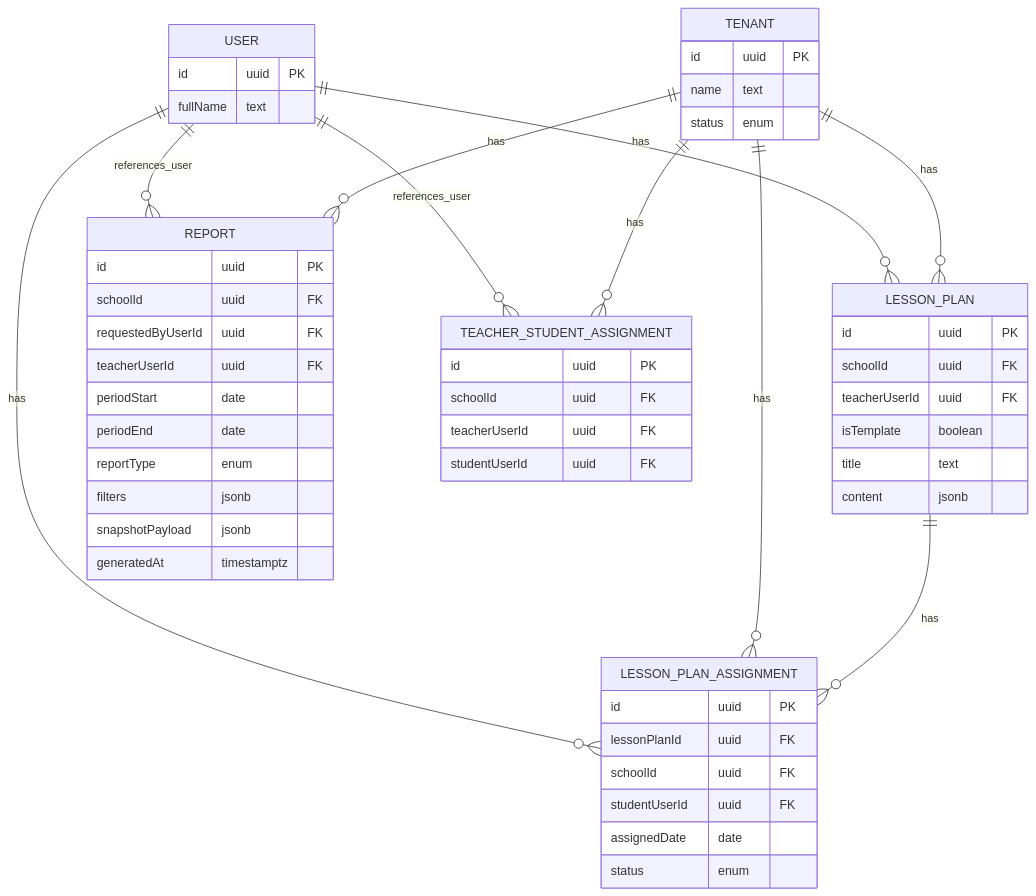
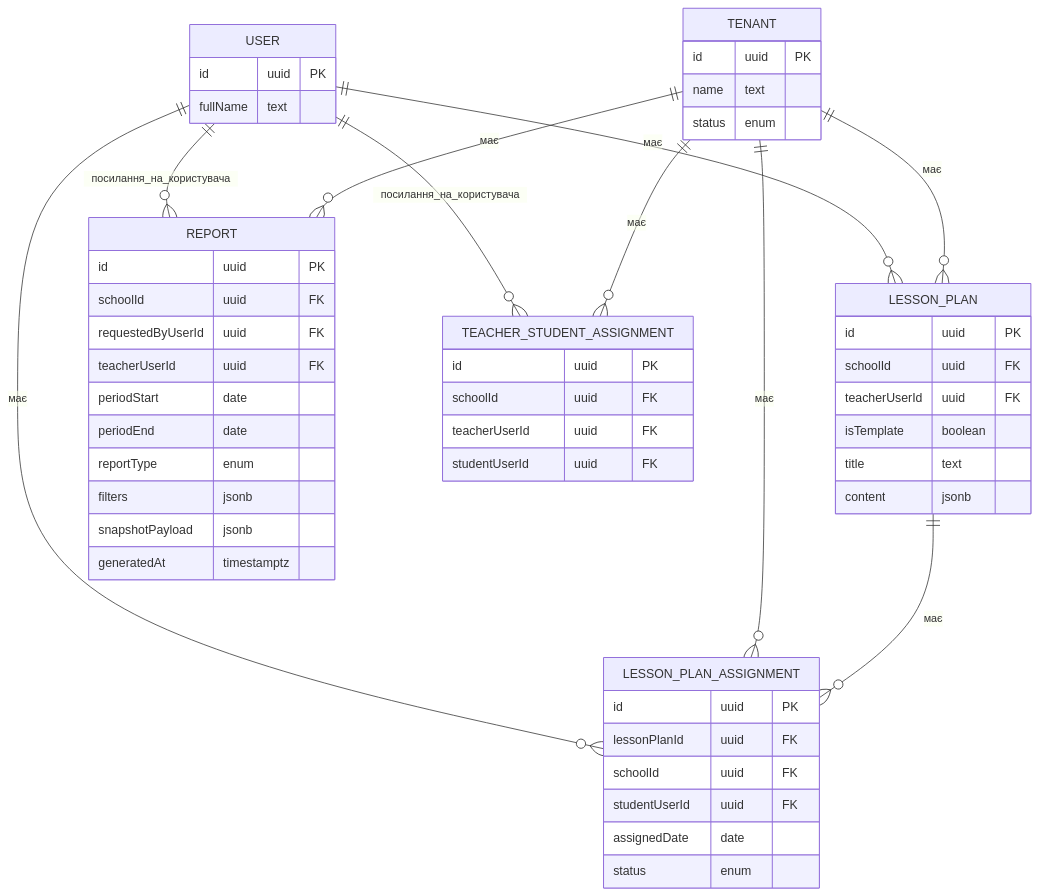
The fourth of 4 diagrams in architecture-homework/diagrams/erd.md (KaterynaKocheharova/Multi-tenant-architecture), drawn with Mermaid before and after one commit. The commit also changed other lines of this file, not shown here.

Commit message:
translate erd.md

````diff
--- a/architecture-homework/diagrams/erd.md
+++ b/architecture-homework/diagrams/erd.md
@@ -278,62 +278,62 @@
 ```mermaid
 erDiagram
     direction TB
     TENANT {
         id uuid PK
         name text
         status enum
     }
 
     USER {
         id uuid PK
         fullName text
     }
 
     LESSON_PLAN {
         id uuid PK
         schoolId uuid FK
         teacherUserId uuid FK
         isTemplate boolean
         title text
         content jsonb
     }
 
     LESSON_PLAN_ASSIGNMENT {
         id uuid PK
         lessonPlanId uuid FK
         schoolId uuid FK
         studentUserId uuid FK
         assignedDate date
         status enum
     }
 
     REPORT {
         id uuid PK
         schoolId uuid FK
         requestedByUserId uuid FK
         teacherUserId uuid FK
         periodStart date
         periodEnd date
         reportType enum
         filters jsonb
         snapshotPayload jsonb
         generatedAt timestamptz
     }
 
     TEACHER_STUDENT_ASSIGNMENT {
         id uuid PK
         schoolId uuid FK
         teacherUserId uuid FK
         studentUserId uuid FK
     }
 
-    TENANT ||--o{ LESSON_PLAN : has
-    USER ||--o{ LESSON_PLAN : has
-    LESSON_PLAN ||--o{ LESSON_PLAN_ASSIGNMENT : has
-    TENANT ||--o{ LESSON_PLAN_ASSIGNMENT : has
-    USER ||--o{ LESSON_PLAN_ASSIGNMENT : has
-    TENANT ||--o{ TEACHER_STUDENT_ASSIGNMENT : has
-    USER ||--o{ TEACHER_STUDENT_ASSIGNMENT : references_user
-    TENANT ||--o{ REPORT : has
-    USER ||--o{ REPORT : references_user
+    TENANT ||--o{ LESSON_PLAN : має
+    USER ||--o{ LESSON_PLAN : має
+    LESSON_PLAN ||--o{ LESSON_PLAN_ASSIGNMENT : має
+    TENANT ||--o{ LESSON_PLAN_ASSIGNMENT : має
+    USER ||--o{ LESSON_PLAN_ASSIGNMENT : має
+    TENANT ||--o{ TEACHER_STUDENT_ASSIGNMENT : має
+    USER ||--o{ TEACHER_STUDENT_ASSIGNMENT : посилання_на_користувача
+    TENANT ||--o{ REPORT : має
+    USER ||--o{ REPORT : посилання_на_користувача
 ```
````
